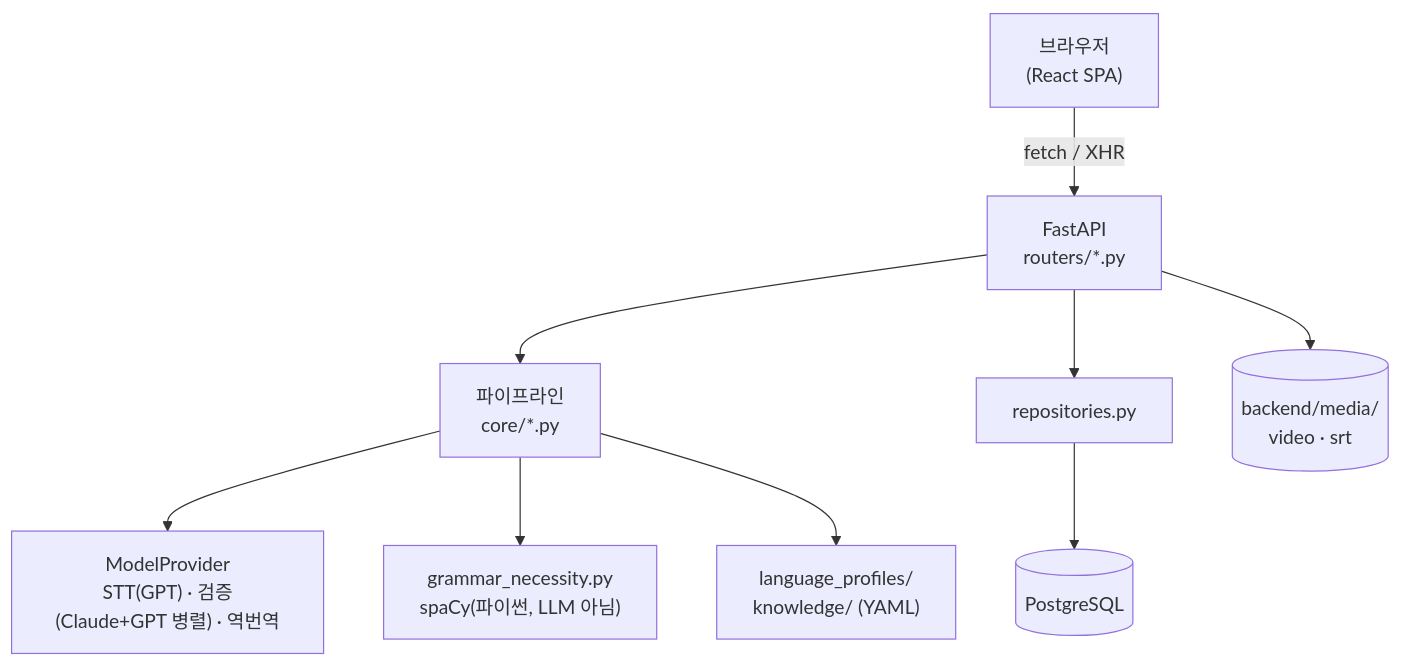
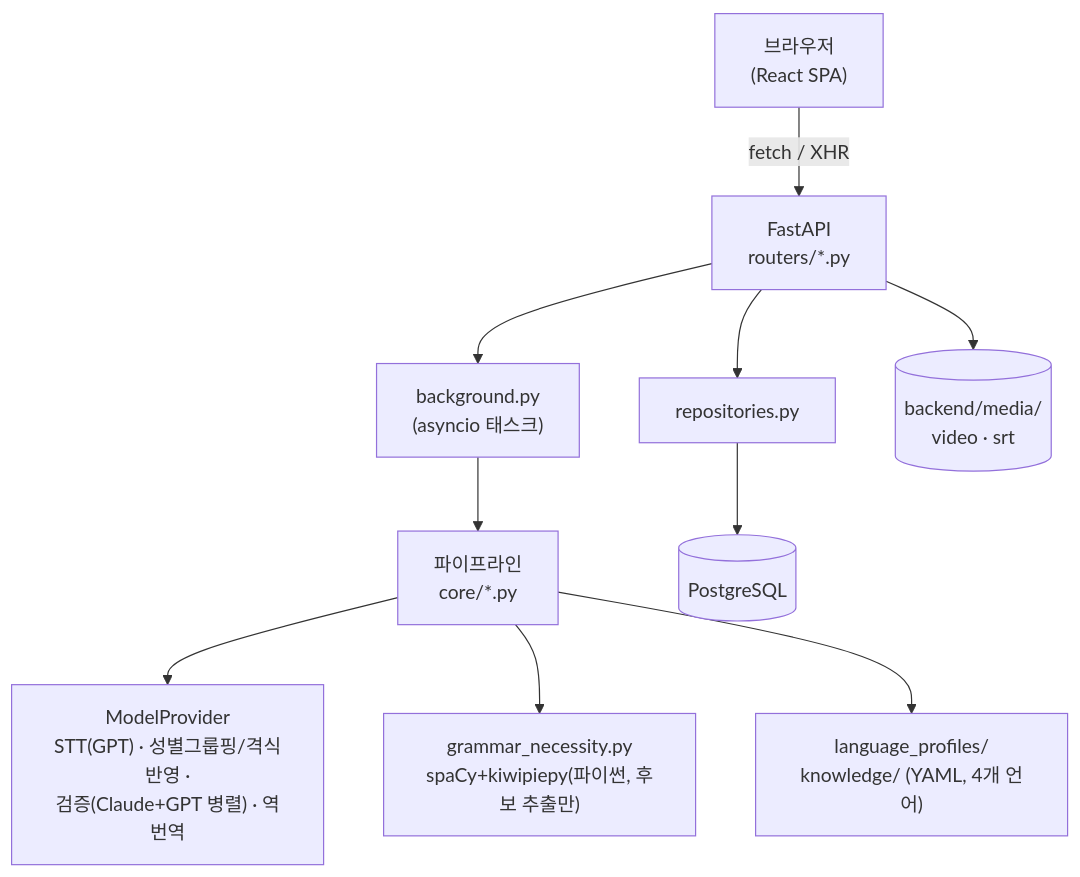
Before and after one commit to soyeong-new/sub-translation-qc: the fourth of 4 diagrams in README.md, drawn with Mermaid. The commit also changed other lines of this file and 7 other files, not shown here.

````diff
--- a/README.md
+++ b/README.md
@@ -267,11 +301,12 @@
 ```mermaid
 flowchart TB
     Browser["브라우저\n(React SPA)"] -->|"fetch / XHR"| API["FastAPI\nrouters/*.py"]
-    API --> Pipeline["파이프라인\ncore/*.py"]
+    API --> BG["background.py\n(asyncio 태스크)"]
+    BG --> Pipeline["파이프라인\ncore/*.py"]
     API --> Repo["repositories.py"]
-    Pipeline --> Provider["ModelProvider\nSTT(GPT) · 검증(Claude+GPT 병렬) · 역번역"]
-    Pipeline --> Grammar["grammar_necessity.py\nspaCy(파이썬, LLM 아님)"]
-    Pipeline --> Config["language_profiles/\nknowledge/ (YAML)"]
+    Pipeline --> Provider["ModelProvider\nSTT(GPT) · 성별그룹핑/격식반영 ·\n검증(Claude+GPT 병렬) · 역번역"]
+    Pipeline --> Grammar["grammar_necessity.py\nspaCy+kiwipiepy(파이썬, 후보 추출만)"]
+    Pipeline --> Config["language_profiles/\nknowledge/ (YAML, 4개 언어)"]
     Repo --> DB[("PostgreSQL")]
     API --> Media[("backend/media/\nvideo · srt")]
 ```
````
